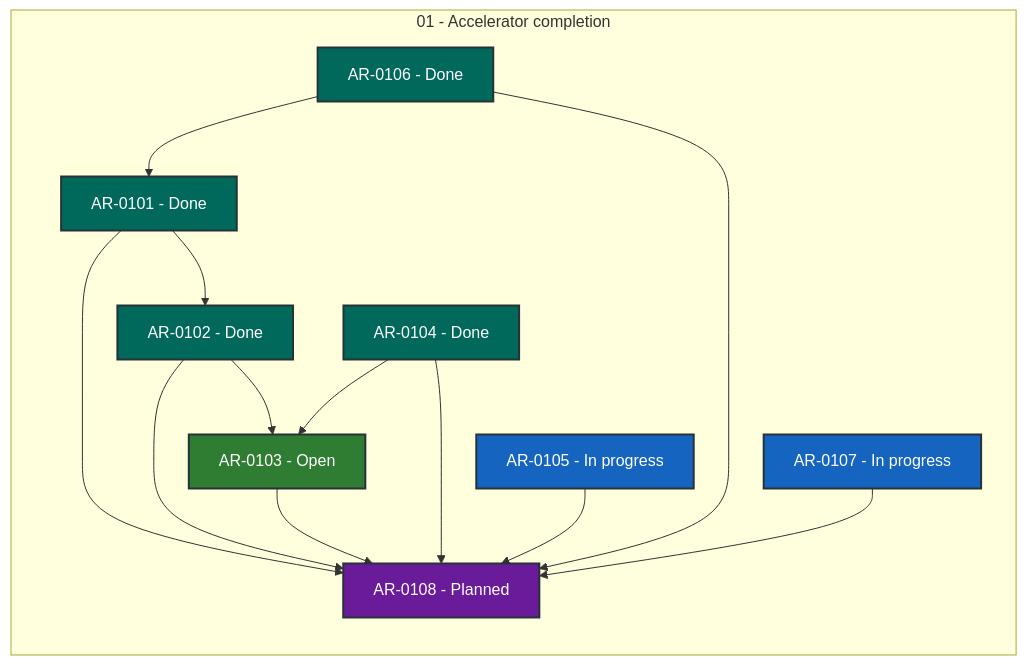
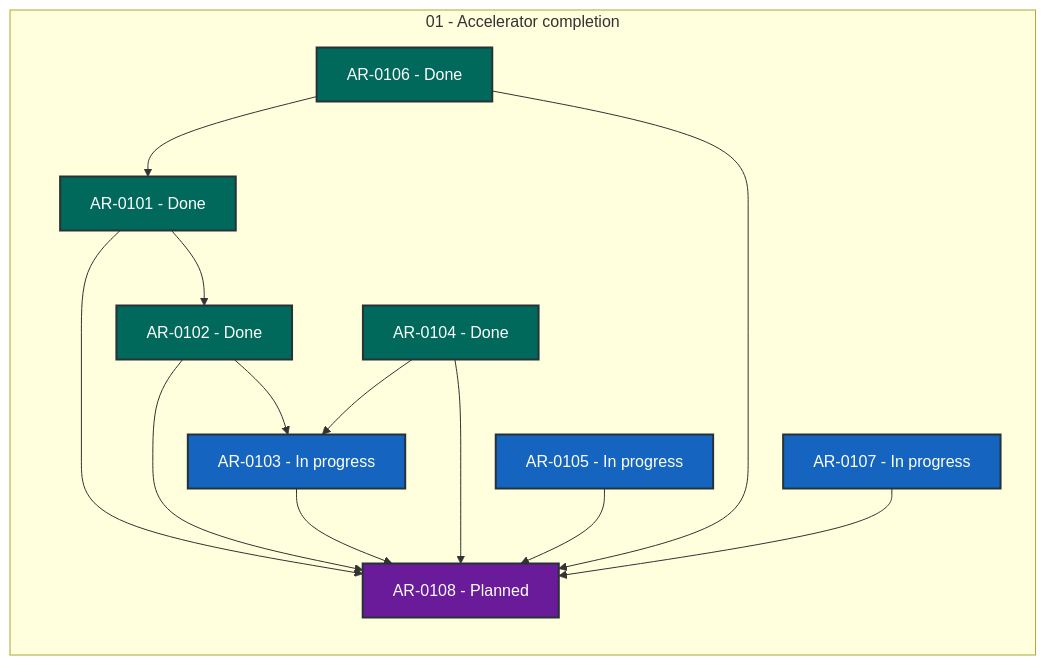
The diagram in coordination/STATUS.md (locutus3009/exgame), drawn with Mermaid before and after one commit. The commit also changed other lines of this file and 2 other files, not shown here.

````diff
--- a/coordination/STATUS.md
+++ b/coordination/STATUS.md
@@ -28,34 +28,34 @@
 ```mermaid
 flowchart LR
     subgraph series_01["01 - Accelerator completion"]
         direction TB
         AR_0101["AR-0101 - Done"]:::status_done
         AR_0102["AR-0102 - Done"]:::status_done
-        AR_0103["AR-0103 - Open"]:::status_open
+        AR_0103["AR-0103 - In progress"]:::status_in_progress
         AR_0104["AR-0104 - Done"]:::status_done
         AR_0105["AR-0105 - In progress"]:::status_in_progress
         AR_0106["AR-0106 - Done"]:::status_done
         AR_0107["AR-0107 - In progress"]:::status_in_progress
         AR_0108["AR-0108 - Planned"]:::status_planned
     end
     AR_0101 --> AR_0102
     AR_0101 --> AR_0108
     AR_0102 --> AR_0103
     AR_0102 --> AR_0108
     AR_0103 --> AR_0108
     AR_0104 --> AR_0103
     AR_0104 --> AR_0108
     AR_0105 --> AR_0108
     AR_0106 --> AR_0101
     AR_0106 --> AR_0108
     AR_0107 --> AR_0108
     classDef status_in_progress fill:#1565c0,color:#ffffff,stroke:#263238,stroke-width:2px
     classDef status_in_review fill:#ad1457,color:#ffffff,stroke:#263238,stroke-width:2px
     classDef status_open fill:#2e7d32,color:#ffffff,stroke:#263238,stroke-width:2px
     classDef status_blocked fill:#c62828,color:#ffffff,stroke:#263238,stroke-width:2px
     classDef status_planned fill:#6a1b9a,color:#ffffff,stroke:#263238,stroke-width:2px
     classDef status_future fill:#455a64,color:#ffffff,stroke:#263238,stroke-width:2px
     classDef status_done fill:#00695c,color:#ffffff,stroke:#263238,stroke-width:2px
     classDef status_cancelled fill:#616161,color:#ffffff,stroke:#263238,stroke-width:2px
     classDef status_superseded fill:#5d4037,color:#ffffff,stroke:#263238,stroke-width:2px
 ```
````
